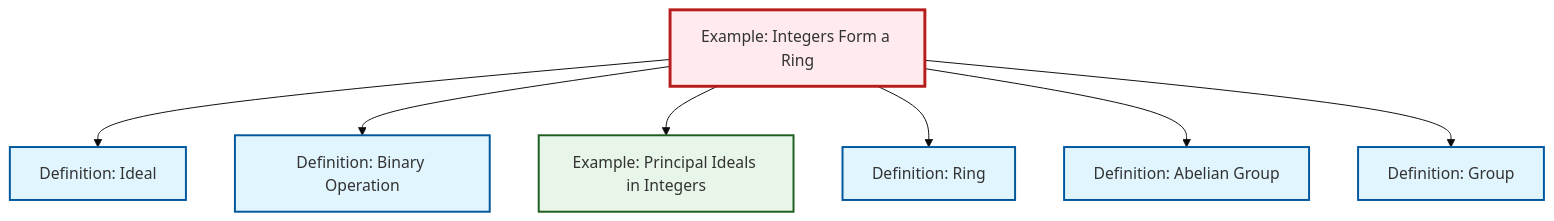
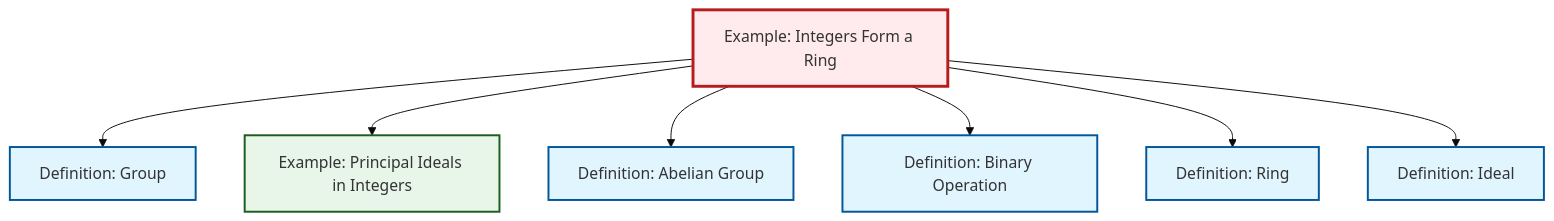
The diagram in content/ja/algebra/ex-integers-ring.qmd (RK0429/ModernMath), drawn with Mermaid (base theme) before and after one commit. The commit also changed other lines of this file and 497 other files, not shown here.

````diff
--- a/content/ja/algebra/ex-integers-ring.qmd
+++ b/content/ja/algebra/ex-integers-ring.qmd
@@ -65,29 +65,29 @@
 ```{mermaid}
 %%| fig-cap: "Local dependency graph"
 graph TD
     classDef definition fill:#e1f5fe,stroke:#01579b,stroke-width:2px
     classDef theorem fill:#f3e5f5,stroke:#4a148c,stroke-width:2px
     classDef axiom fill:#fff3e0,stroke:#e65100,stroke-width:2px
     classDef example fill:#e8f5e9,stroke:#1b5e20,stroke-width:2px
     classDef current fill:#ffebee,stroke:#b71c1c,stroke-width:3px
+    def-ideal["Definition: Ideal"]:::definition
+    ex-principal-ideal["Example: Principal Ideals in Integers"]:::example
+    def-binary-operation["Definition: Binary Operation"]:::definition
+    def-ring["Definition: Ring"]:::definition
+    def-group["Definition: Group"]:::definition
     def-abelian-group["Definition: Abelian Group"]:::definition
-    def-ideal["Definition: Ideal"]:::definition
-    def-group["Definition: Group"]:::definition
-    def-ring["Definition: Ring"]:::definition
-    def-binary-operation["Definition: Binary Operation"]:::definition
-    ex-principal-ideal["Example: Principal Ideals in Integers"]:::example
     ex-integers-ring["Example: Integers Form a Ring"]:::example
+    ex-integers-ring --> def-group
+    ex-integers-ring --> ex-principal-ideal
+    ex-integers-ring --> def-abelian-group
+    ex-integers-ring --> def-binary-operation
+    ex-integers-ring --> def-ring
     ex-integers-ring --> def-ideal
-    ex-integers-ring --> def-binary-operation
-    ex-integers-ring --> ex-principal-ideal
-    ex-integers-ring --> def-ring
-    ex-integers-ring --> def-abelian-group
-    ex-integers-ring --> def-group
     class ex-integers-ring current
+    click def-ideal "def-ideal.html" "Definition: Idealへ"
+    click ex-principal-ideal "ex-principal-ideal.html" "Example: Principal Ideals in Integersへ"
+    click def-binary-operation "def-binary-operation.html" "Definition: Binary Operationへ"
+    click def-ring "def-ring.html" "Definition: Ringへ"
+    click def-group "def-group.html" "Definition: Groupへ"
     click def-abelian-group "def-abelian-group.html" "Definition: Abelian Groupへ"
-    click def-ideal "def-ideal.html" "Definition: Idealへ"
-    click def-group "def-group.html" "Definition: Groupへ"
-    click def-ring "def-ring.html" "Definition: Ringへ"
-    click def-binary-operation "def-binary-operation.html" "Definition: Binary Operationへ"
-    click ex-principal-ideal "ex-principal-ideal.html" "Example: Principal Ideals in Integersへ"
 ```
````
